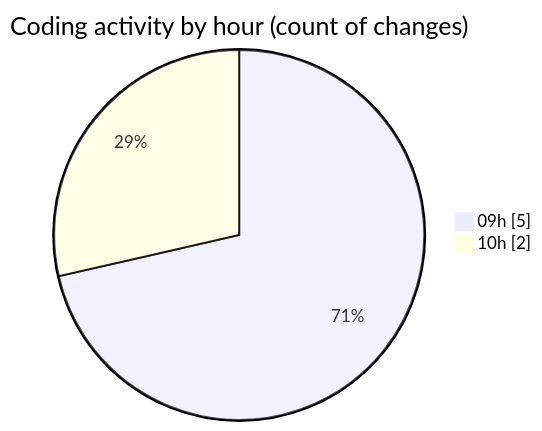
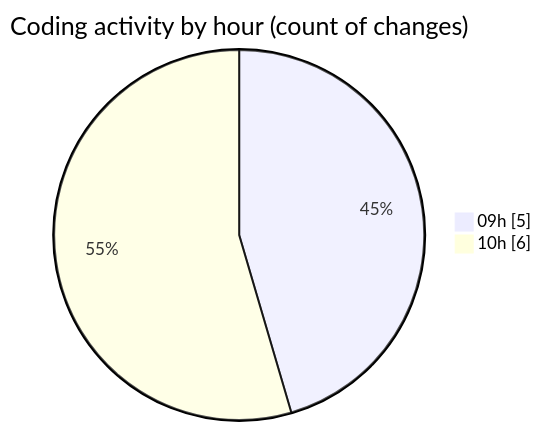
One commit to CELIANVF/code-tracking changed the second of 2 diagrams in 2025-06-13/ecodeli-1/README.md. Above: the diagram before and after it, drawn with Mermaid. The commit also changed other lines of this file and 1 other file, not shown here.

````diff
--- a/2025-06-13/ecodeli-1/README.md
+++ b/2025-06-13/ecodeli-1/README.md
@@ -29,6 +32,6 @@
 ```mermaid
 pie showData
 title Coding activity by hour (count of changes)
 "09h" : 5
-"10h" : 2
+"10h" : 6
 ```
````
